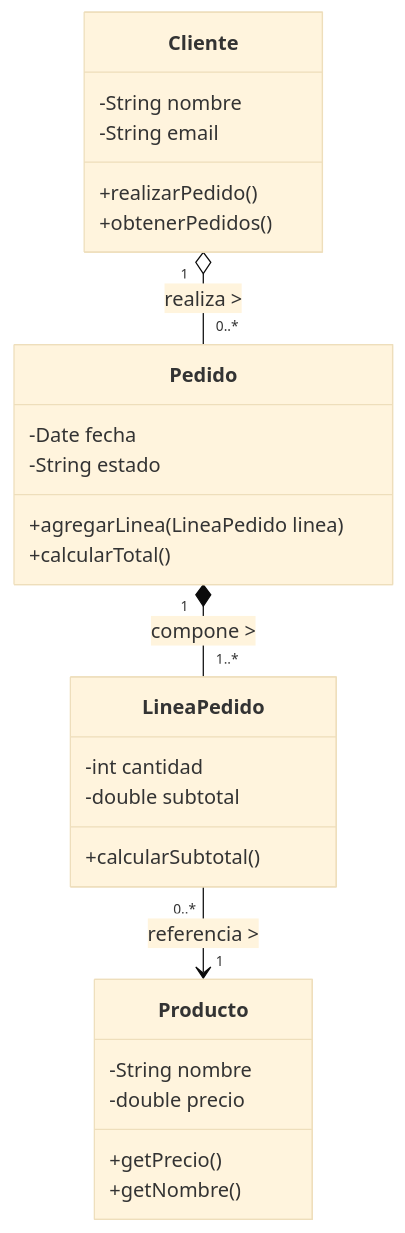
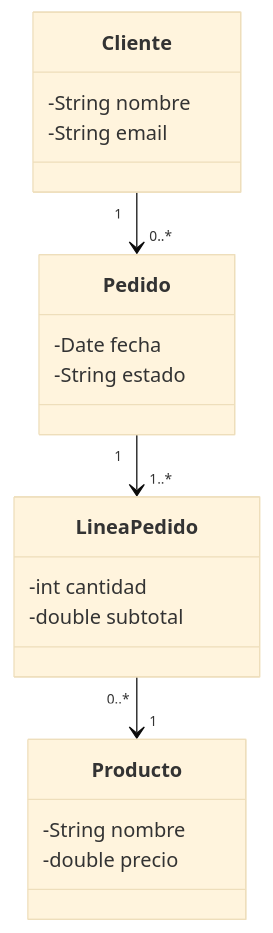
Before and after one commit to XimoPerona/ejercicio_uml_1: the diagram in ejercicio_2.md, drawn with Mermaid (base theme).

````diff
--- a/ejercicio_2.md
+++ b/ejercicio_2.md
@@ -1,34 +1,27 @@
 ```mermaid
 classDiagram
     class Cliente {
         -String nombre
         -String email
-        +realizarPedido()
-        +obtenerPedidos()
     }
 
     class Pedido {
         -Date fecha
         -String estado
-        +agregarLinea(LineaPedido linea)
-        +calcularTotal()
     }
 
     class LineaPedido {
         -int cantidad
         -double subtotal
-        +calcularSubtotal()
     }
 
     class Producto {
         -String nombre
         -double precio
-        +getPrecio()
-        +getNombre()
     }
 
-    %% Relaciones
-    Cliente "1" o-- "0..*" Pedido : realiza >
-    Pedido "1" *-- "1..*" LineaPedido : compone >
-    LineaPedido "0..*" --> "1" Producto : referencia >
+    %% Relaciones sin indicar tipo de agregación
+    Cliente "1" --> "0..*" Pedido
+    Pedido "1" --> "1..*" LineaPedido
+    LineaPedido "0..*" --> "1" Producto
 ```
````
